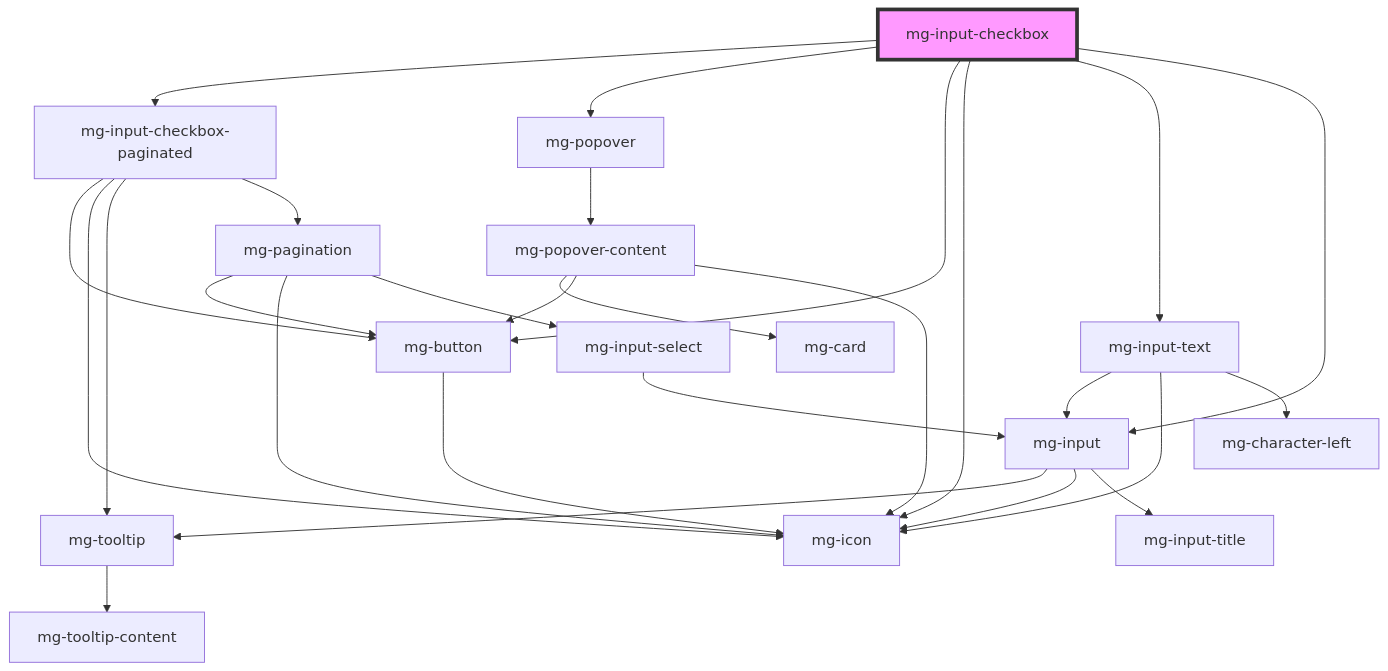
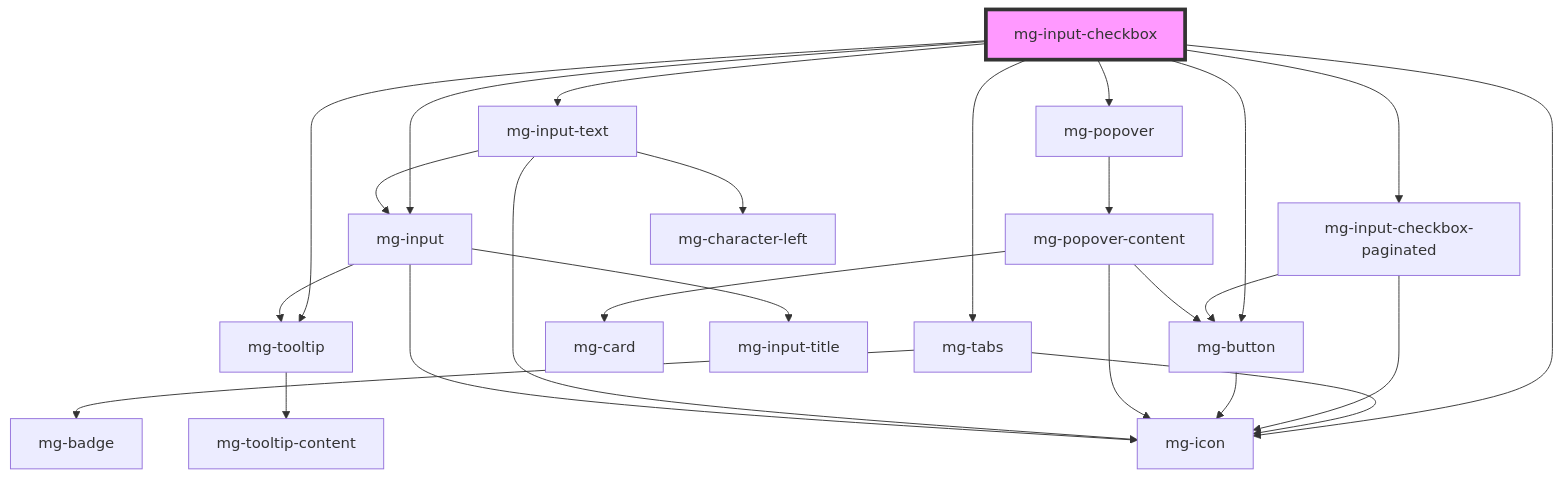
The diagram in packages/mg-components/src/components/molecules/inputs/mg-input-checkbox/readme.md (MGDIS/core-ui), drawn with Mermaid before and after one commit. The commit also changed other lines of this file and 51 other files, not shown here.

First line of the commit message:
feat(mg-input-checkbox): multi: manage sections with `<mg-tabs>`

````diff
--- a/packages/mg-components/src/components/molecules/inputs/mg-input-checkbox/readme.md
+++ b/packages/mg-components/src/components/molecules/inputs/mg-input-checkbox/readme.md
@@ -112,30 +114,28 @@
 ```mermaid
 graph TD;
+  mg-input-checkbox --> mg-tabs
   mg-input-checkbox --> mg-input-checkbox-paginated
+  mg-input-checkbox --> mg-tooltip
+  mg-input-checkbox --> mg-button
   mg-input-checkbox --> mg-popover
-  mg-input-checkbox --> mg-button
   mg-input-checkbox --> mg-icon
   mg-input-checkbox --> mg-input-text
   mg-input-checkbox --> mg-input
+  mg-tabs --> mg-icon
+  mg-tabs --> mg-badge
   mg-input-checkbox-paginated --> mg-button
   mg-input-checkbox-paginated --> mg-icon
-  mg-input-checkbox-paginated --> mg-tooltip
-  mg-input-checkbox-paginated --> mg-pagination
   mg-button --> mg-icon
   mg-tooltip --> mg-tooltip-content
-  mg-pagination --> mg-button
-  mg-pagination --> mg-icon
-  mg-pagination --> mg-input-select
-  mg-input-select --> mg-input
-  mg-input --> mg-tooltip
-  mg-input --> mg-icon
-  mg-input --> mg-input-title
   mg-popover --> mg-popover-content
   mg-popover-content --> mg-card
   mg-popover-content --> mg-button
   mg-popover-content --> mg-icon
   mg-input-text --> mg-input
   mg-input-text --> mg-icon
   mg-input-text --> mg-character-left
+  mg-input --> mg-tooltip
+  mg-input --> mg-icon
+  mg-input --> mg-input-title
   style mg-input-checkbox fill:#f9f,stroke:#333,stroke-width:4px
 ```
````
